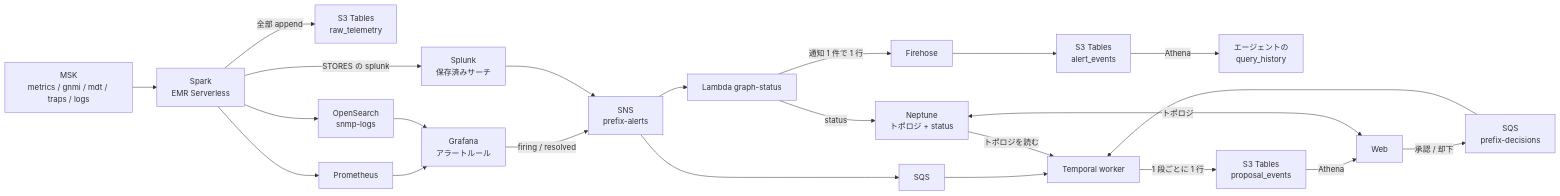
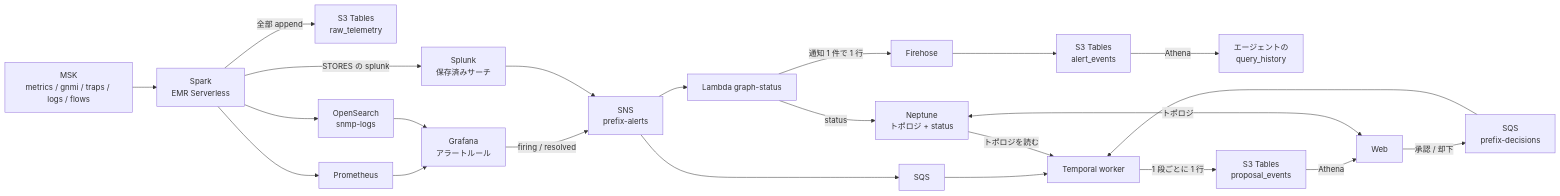
The first of 2 diagrams in docs/data-stores.md (eddie-eights/nwc-poc), drawn with Mermaid before and after one commit. The commit also changed other lines of this file and 34 other files, not shown here.

First line of the commit message:
MSK に SASL/SCRAM を足し、syslog-ng と GoFlow2 を立てる（012）commit 4: ops が SCRAM の secret と KMS の鍵を作って消し、syslog-ng と GoFlow2 のイメージと待ちを足し、docs を MDT なし・syslog-ng・GoFlow2 に揃える

````diff
--- a/docs/data-stores.md
+++ b/docs/data-stores.md
@@ -28,19 +28,19 @@
 ```mermaid
 flowchart LR
-  MSK["MSK<br/>metrics / gnmi / mdt / traps / logs"] --> SPARK["Spark<br/>EMR Serverless"]
+  MSK["MSK<br/>metrics / gnmi / traps / logs / flows"] --> SPARK["Spark<br/>EMR Serverless"]
   SPARK -->|"全部 append"| ICE["S3 Tables<br/>raw_telemetry"]
   SPARK --> PROM["Prometheus"] --> GRAF["Grafana<br/>アラートルール"]
   SPARK --> OS["OpenSearch<br/>snmp-logs"] --> GRAF
   SPARK -->|"STORES の splunk"| SPL["Splunk<br/>保存済みサーチ"]
   GRAF -->|"firing / resolved"| SNS["SNS<br/>prefix-alerts"]
   SPL --> SNS
   SNS --> GL["Lambda graph-status"] -->|"status"| NEP["Neptune<br/>トポロジ + status"]
   GL -->|"通知 1 件で 1 行"| FH["Firehose"] --> AEV["S3 Tables<br/>alert_events"]
   AEV -->|"Athena"| QH["エージェントの<br/>query_history"]
   SNS --> SQS["SQS"] --> WK["Temporal worker"]
   NEP -->|"トポロジを読む"| WK
   WK -->|"1 段ごとに 1 行"| PEV["S3 Tables<br/>proposal_events"]
   WEB["Web"] <-->|"トポロジ"| NEP
   PEV -->|"Athena"| WEB
   WEB -->|"承認 / 却下"| DQ["SQS<br/>prefix-decisions"] --> WK
 ```
````
